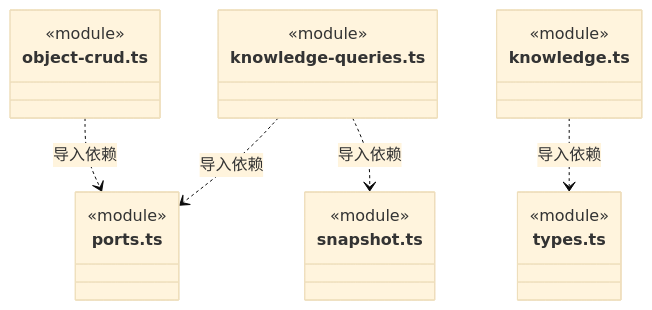
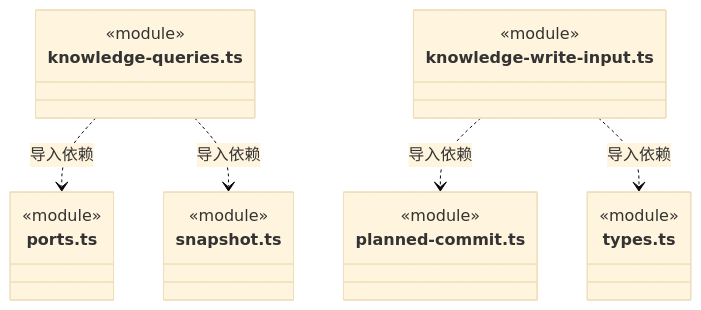
Before and after one commit to nan023062/cbim: diagram 27 of 31 in src/backend/core/knowledge/ARCHITECTURE.md, drawn with Mermaid (base theme). The commit also changed other lines of this file and 36 other files, not shown here.

````diff
--- a/src/backend/core/knowledge/ARCHITECTURE.md
+++ b/src/backend/core/knowledge/ARCHITECTURE.md
@@ -590,25 +632,25 @@
 ```mermaid
 classDiagram
 class N_src_backend_core_knowledge_knowledge_queries_ts["knowledge-queries.ts"] {
   <<module>>
 }
 class N_src_backend_core_knowledge_ports_ts["ports.ts"] {
   <<module>>
 }
 class N_src_backend_core_knowledge_snapshot_ts["snapshot.ts"] {
   <<module>>
 }
-class N_src_backend_core_knowledge_knowledge_ts["knowledge.ts"] {
+class N_src_backend_core_knowledge_knowledge_write_input_ts["knowledge-write-input.ts"] {
+  <<module>>
+}
+class N_src_backend_core_knowledge_planned_commit_ts["planned-commit.ts"] {
   <<module>>
 }
 class N_src_backend_core_knowledge_types_ts["types.ts"] {
   <<module>>
 }
-class N_src_backend_core_knowledge_object_crud_ts["object-crud.ts"] {
-  <<module>>
-}
 N_src_backend_core_knowledge_knowledge_queries_ts ..> N_src_backend_core_knowledge_ports_ts : 导入依赖
 N_src_backend_core_knowledge_knowledge_queries_ts ..> N_src_backend_core_knowledge_snapshot_ts : 导入依赖
-N_src_backend_core_knowledge_knowledge_ts ..> N_src_backend_core_knowledge_types_ts : 导入依赖
-N_src_backend_core_knowledge_object_crud_ts ..> N_src_backend_core_knowledge_ports_ts : 导入依赖
+N_src_backend_core_knowledge_knowledge_write_input_ts ..> N_src_backend_core_knowledge_planned_commit_ts : 导入依赖
+N_src_backend_core_knowledge_knowledge_write_input_ts ..> N_src_backend_core_knowledge_types_ts : 导入依赖
 ```
````
